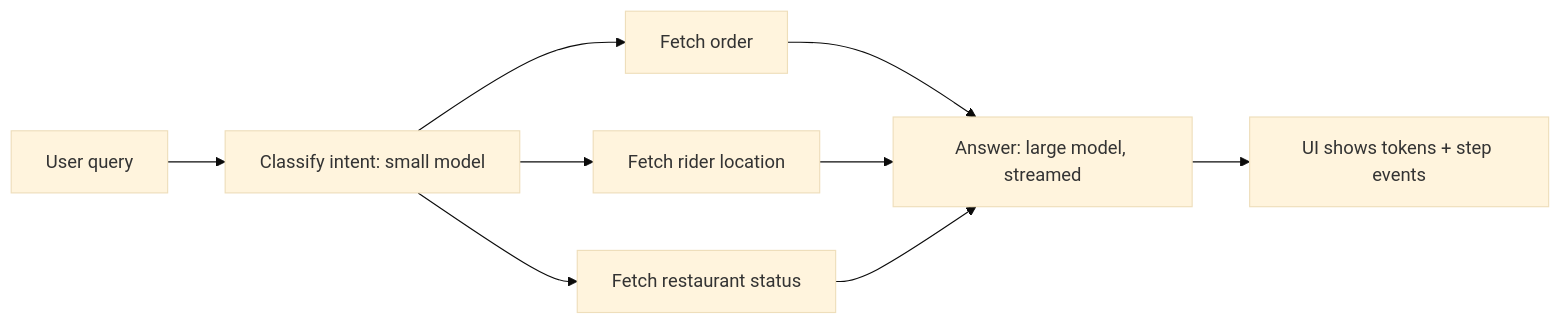
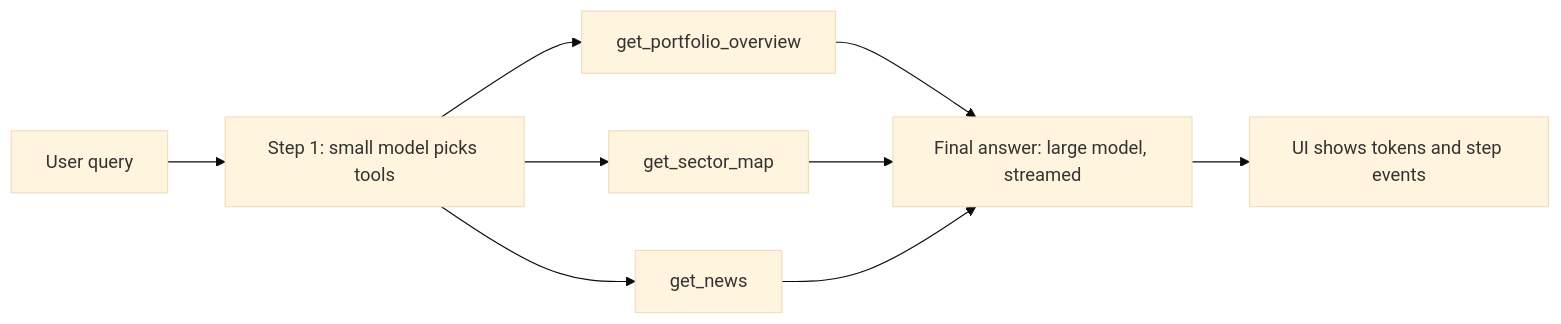
One commit to flow6979/viewinter changed the sixth of 7 diagrams in content-en/11-agentic/11-cost-latency.md. Above: the diagram before and after it, drawn with Mermaid (base theme). The commit also changed other lines of this file and 26 other files, not shown here.

First line of the commit message:
Agentic AI: rewrite all 13 pages to explain from scratch; animate diagrams on every article

````diff
--- a/content-en/11-agentic/11-cost-latency.md
+++ b/content-en/11-agentic/11-cost-latency.md
@@ -262,11 +509,11 @@
 ```mermaid
 flowchart LR
-    U["User query"] --> C["Classify intent: small model"]
-    C --> O["Fetch order"]
-    C --> R["Fetch rider location"]
-    C --> P["Fetch restaurant status"]
-    O --> A["Answer: large model, streamed"]
+    U["User query"] --> C["Step 1: small model picks tools"]
+    C --> O["get_portfolio_overview"]
+    C --> R["get_sector_map"]
+    C --> P["get_news"]
+    O --> A["Final answer: large model, streamed"]
     R --> A
     P --> A
-    A --> UI["UI shows tokens + step events"]
+    A --> UI["UI shows tokens and step events"]
 ```
````
